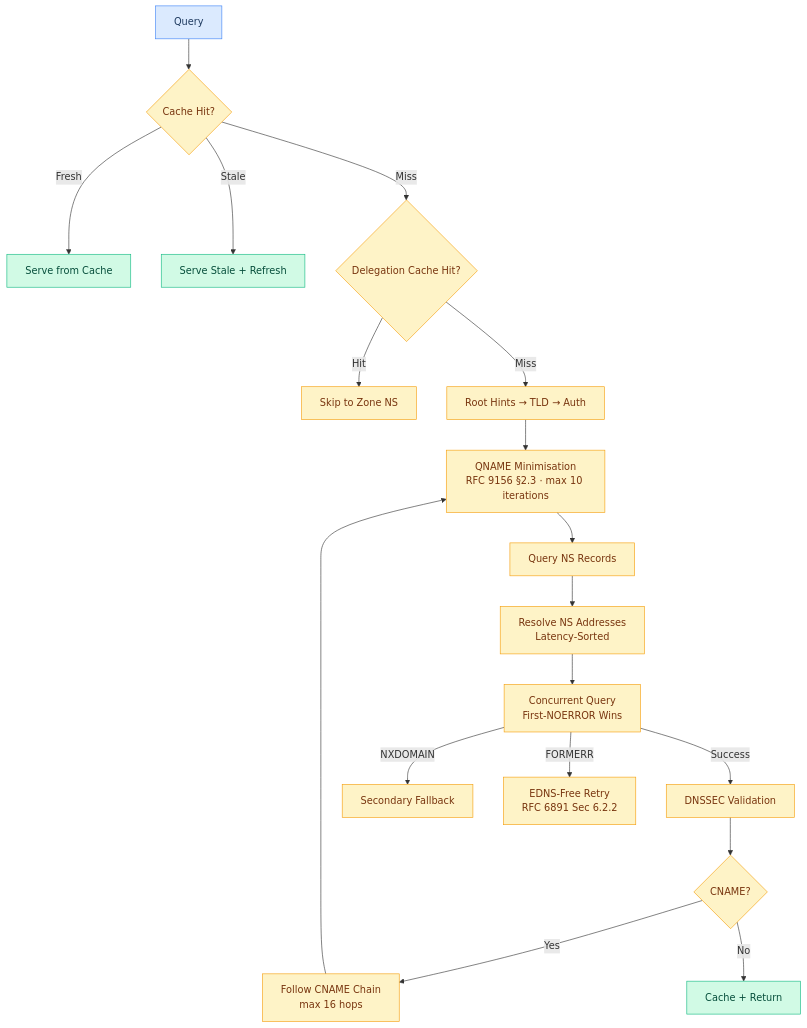
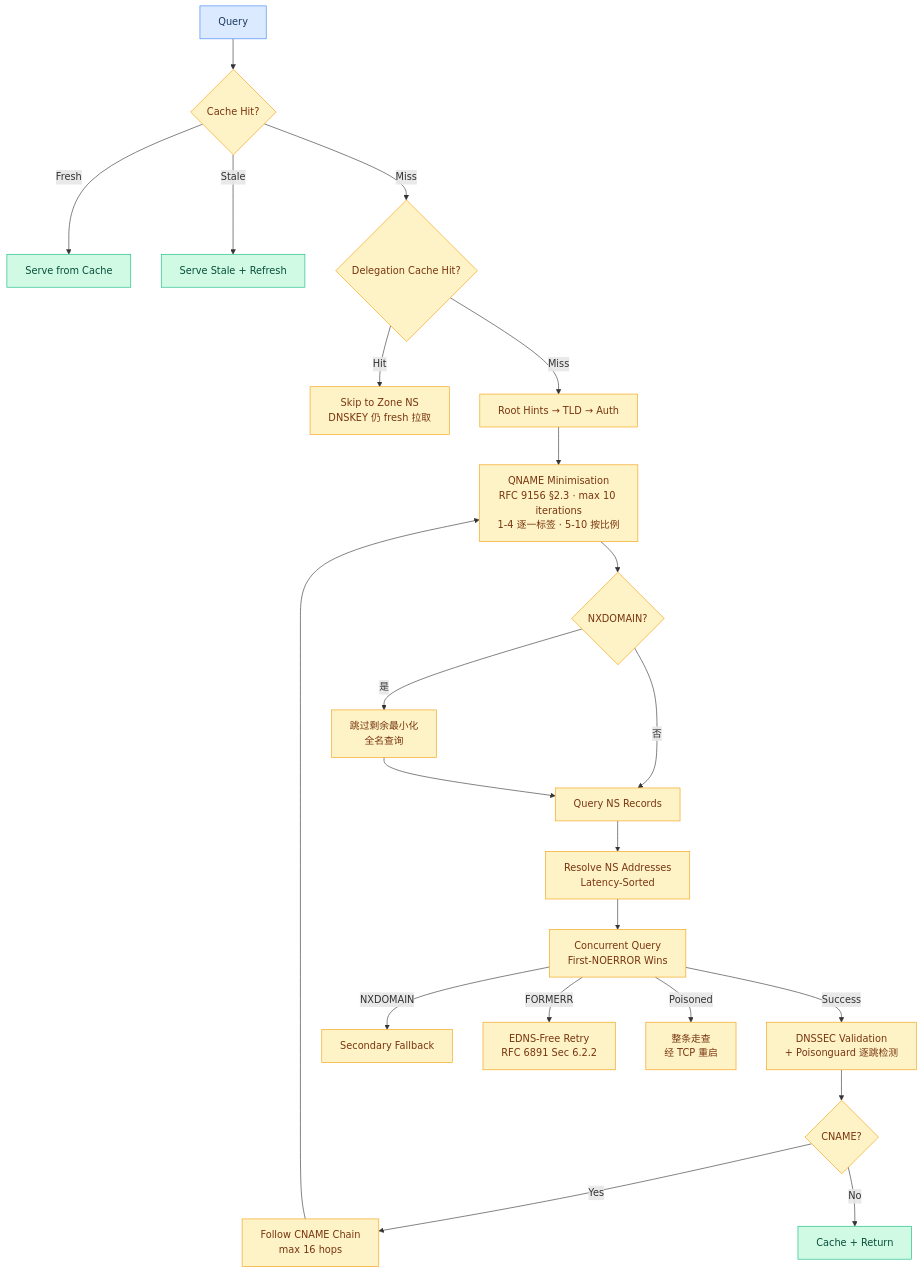
Before and after one commit to hezhijie0327/ZJDNS: the ninth of 30 diagrams in docs/FLOWCHARTS.md, drawn with Mermaid. The commit also changed other lines of this file and 8 other files, not shown here.

````diff
--- a/docs/FLOWCHARTS.md
+++ b/docs/FLOWCHARTS.md
@@ -127,26 +218,32 @@
 ```mermaid
 graph TD
     Q[Query] --> CACHE{Cache Hit?}
     CACHE -->|Fresh| SERVE[Serve from Cache]
     CACHE -->|Stale| STALE[Serve Stale + Refresh]
     CACHE -->|Miss| DELCACHE{Delegation Cache Hit?}
-    DELCACHE -->|Hit| SKIPROOT[Skip to Zone NS]
+    DELCACHE -->|Hit| SKIPROOT[Skip to Zone NS<br/>DNSKEY 仍 fresh 拉取]
     DELCACHE -->|Miss| ROOT[Root Hints → TLD → Auth]
-    ROOT --> QMIN[QNAME Minimisation<br/>RFC 9156 §2.3 · max 10 iterations]
-    QMIN --> NS[Query NS Records]
+    ROOT --> QMIN[QNAME Minimisation<br/>RFC 9156 §2.3 · max 10 iterations<br/>1-4 逐一标签 · 5-10 按比例]
+    QMIN --> NXDOMAIN{NXDOMAIN?}
+    NXDOMAIN -->|是| JUMP[跳过剩余最小化<br/>全名查询]
+    NXDOMAIN -->|否| NS[Query NS Records]
+    JUMP --> NS
     NS --> ADDR[Resolve NS Addresses<br/>Latency-Sorted]
     ADDR --> PROBE[Concurrent Query<br/>First-NOERROR Wins]
-    PROBE -->|Success| VALIDATE[DNSSEC Validation]
+    PROBE -->|Success| VALIDATE[DNSSEC Validation<br/>+ Poisonguard 逐跳检测]
     PROBE -->|NXDOMAIN| FALLBACK[Secondary Fallback]
     PROBE -->|FORMERR| RETRY[EDNS-Free Retry<br/>RFC 6891 Sec 6.2.2]
+    PROBE -->|Poisoned| TCPRESTART[整条走查<br/>经 TCP 重启]
     VALIDATE --> CNAME{CNAME?}
     CNAME -->|Yes| FOLLOW[Follow CNAME Chain<br/>max 16 hops]
     FOLLOW --> QMIN
     CNAME -->|No| STORE[Cache + Return]
     classDef start fill:#dbeafe,stroke:#3b82f6,color:#1e3a5f
     classDef proc fill:#fef3c7,stroke:#f59e0b,color:#78350f
     classDef result fill:#d1fae5,stroke:#10b981,color:#064e3b
+    classDef fallback fill:#fef3c7,stroke:#f59e0b,color:#78350f
     class Q start
-    class CACHE,ROOT,QMIN,NS,ADDR,PROBE,VALIDATE,CNAME,FOLLOW,RETRY,FALLBACK,SKIPROOT,DELCACHE proc
+    class CACHE,ROOT,QMIN,NXDOMAIN,JUMP,NS,ADDR,PROBE,VALIDATE,CNAME,FOLLOW,RETRY,FALLBACK,SKIPROOT,DELCACHE proc
     class SERVE,STALE,STORE result
+    class TCPRESTART fallback
 ```
````
